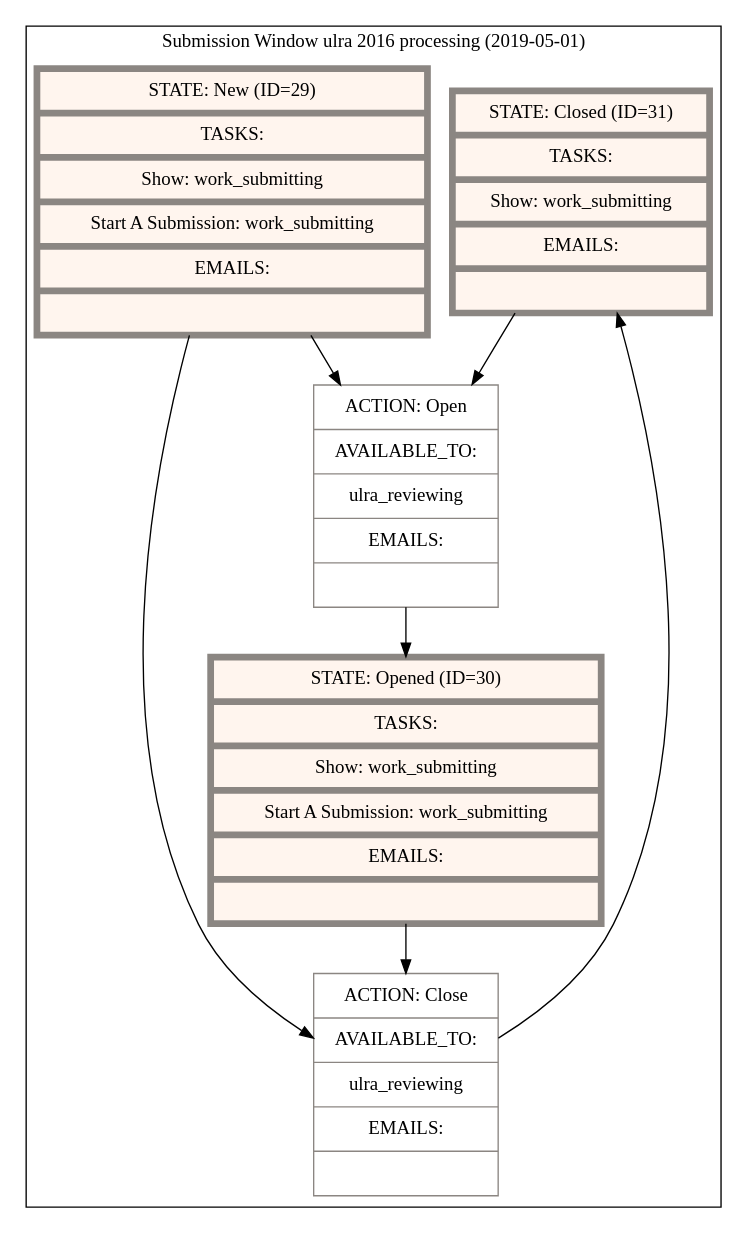
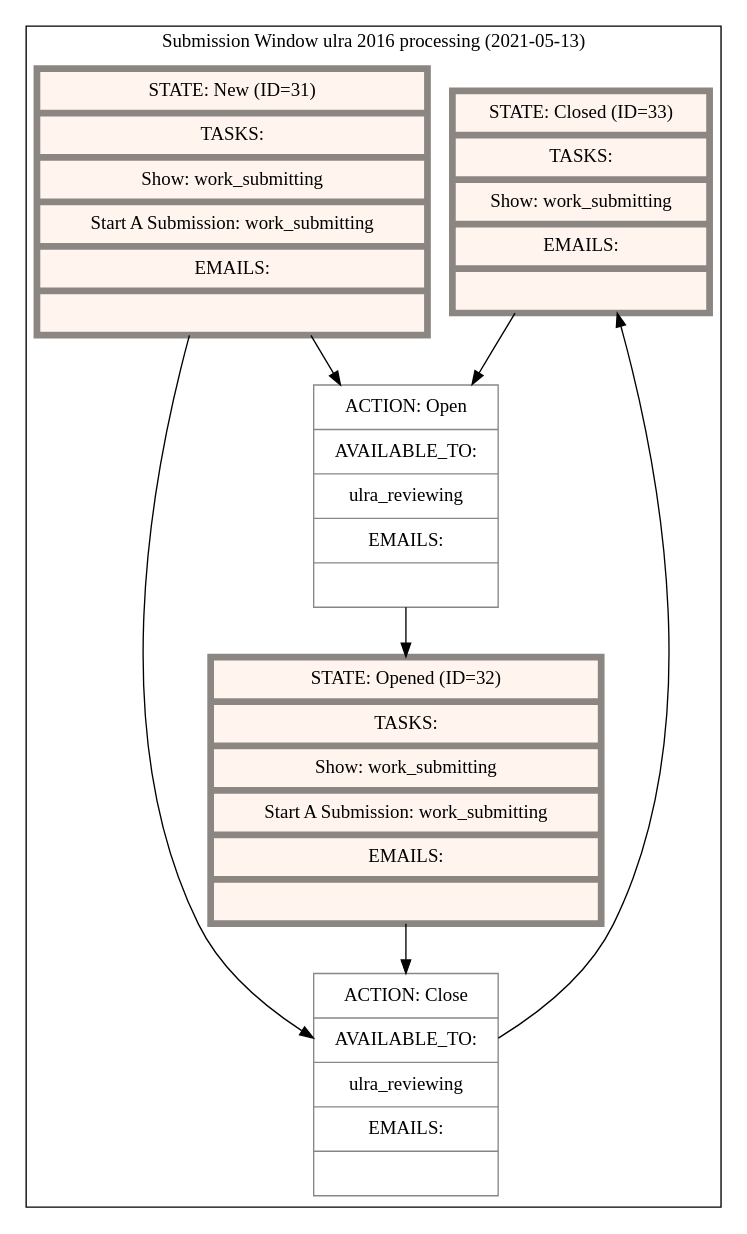
One commit to ndlib/sipity changed the diagram in artifacts/state_machines/submission_window_ulra_2016_processing.dot. Above: the diagram before and after it, drawn with Graphviz. The commit also changed 48 other files, not shown here.

```diff
--- a/artifacts/state_machines/submission_window_ulra_2016_processing.dot
+++ b/artifacts/state_machines/submission_window_ulra_2016_processing.dot
@@ -1,27 +1,27 @@
 digraph "G" {
   compound=true;
   node[color="grey15" margin="0.15, 0.125"];
   subgraph cluster_0 {
-    label="Submission Window ulra 2016 processing (2019-05-01)"
+    label="Submission Window ulra 2016 processing (2021-05-13)"
     node[style=filled fillcolor=white color="seashell4"]
     subgraph 0 {
       label="States";
       node[shape="record" fillcolor="seashell1" penwidth=5]
-      state_closed [label="{ STATE: Closed (ID=31)| TASKS: | Show: work_submitting | EMAILS: |  }"]
-      state_new [label="{ STATE: New (ID=29)| TASKS: | Show: work_submitting | Start A Submission: work_submitting | EMAILS: |  }"]
-      state_opened [label="{ STATE: Opened (ID=30)| TASKS: | Show: work_submitting | Start A Submission: work_submitting | EMAILS: |  }"]
+      state_closed [label="{ STATE: Closed (ID=33)| TASKS: | Show: work_submitting | EMAILS: |  }"]
+      state_new [label="{ STATE: New (ID=31)| TASKS: | Show: work_submitting | Start A Submission: work_submitting | EMAILS: |  }"]
+      state_opened [label="{ STATE: Opened (ID=32)| TASKS: | Show: work_submitting | Start A Submission: work_submitting | EMAILS: |  }"]
     }
     subgraph 1 {
       label="Actions"
       node[shape="record" shape=record penwidth=1]
         action_open [label="{ ACTION: Open | AVAILABLE_TO: | ulra_reviewing | EMAILS: |  }"]
         action_close [label="{ ACTION: Close | AVAILABLE_TO: | ulra_reviewing | EMAILS: |  }"]
     }
       state_closed -> action_open
       action_open -> state_opened
       state_new -> action_open
       state_new -> action_close
       action_close -> state_closed
       state_opened -> action_close
   }
 }
```
